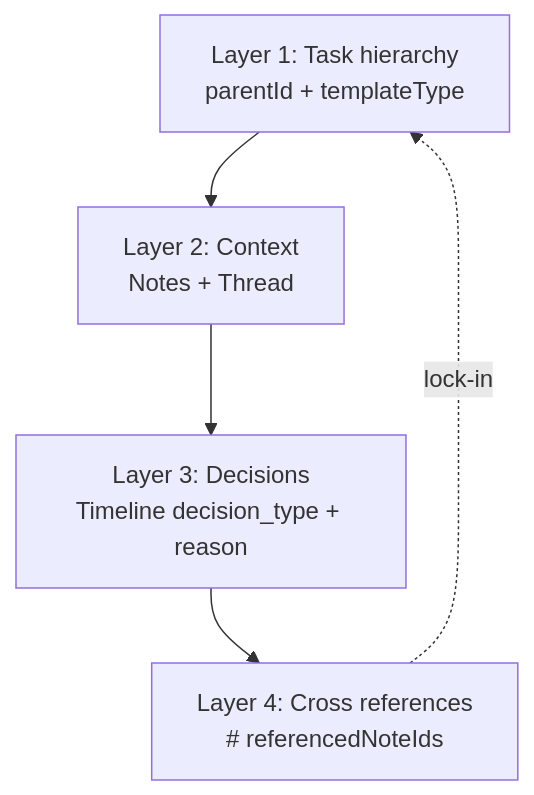
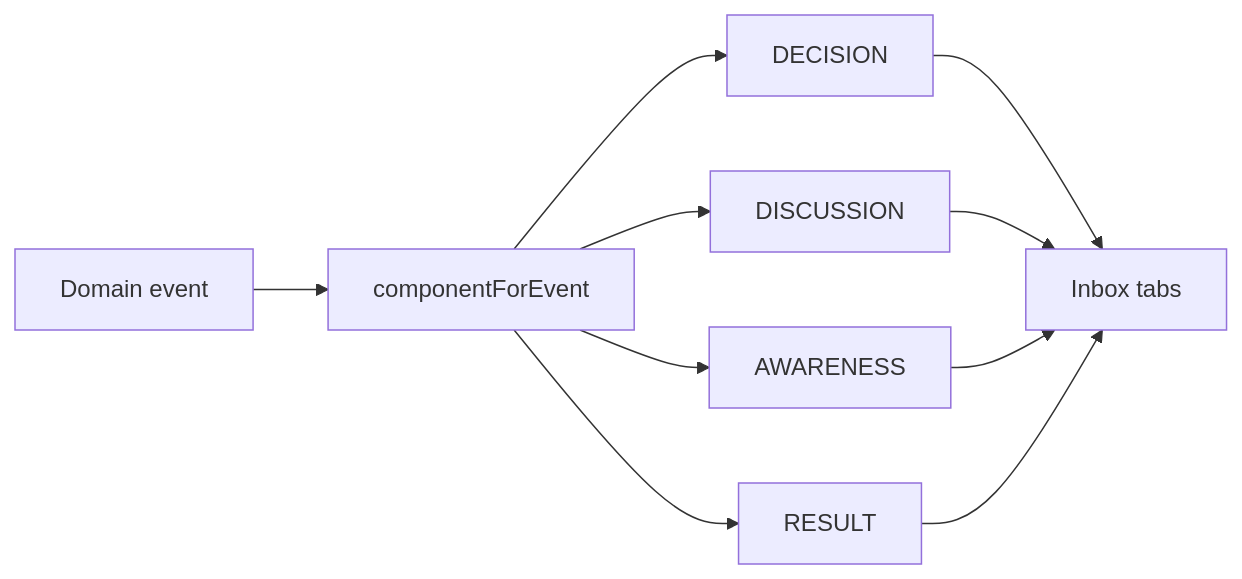
One commit to claire-yunsumin/test changed the sixth of 6 diagrams in docs/ACTION_FLOWS.md. Above: the diagram before and after it, drawn with Mermaid. The commit also changed other lines of this file and 18 other files, not shown here.

````diff
--- a/docs/ACTION_FLOWS.md
+++ b/docs/ACTION_FLOWS.md
@@ -108,7 +74,12 @@
 ```mermaid
-flowchart TD
-  A[Layer 1: Task hierarchy<br/>parentId + templateType] --> B[Layer 2: Context<br/>Notes + Thread]
-  B --> C[Layer 3: Decisions<br/>Timeline decision_type + reason]
-  C --> D[Layer 4: Cross references<br/># referencedNoteIds]
-  D -. lock-in .-> A
+flowchart LR
+  A[Domain event] --> B[componentForEvent]
+  B --> C[DECISION]
+  B --> D[DISCUSSION]
+  B --> E[AWARENESS]
+  B --> F[RESULT]
+  C --> G[Inbox tabs]
+  D --> G
+  E --> G
+  F --> G
 ```
````
